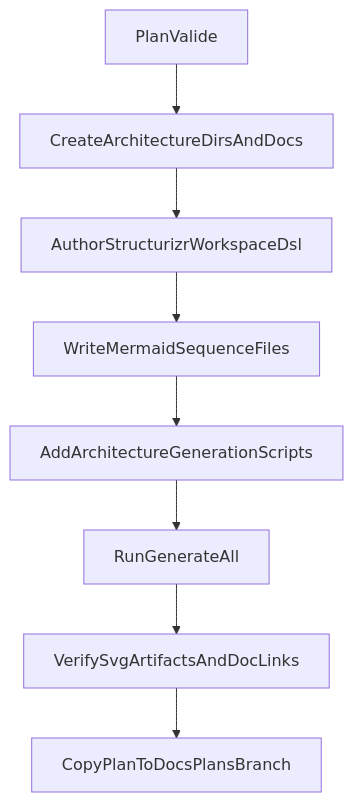
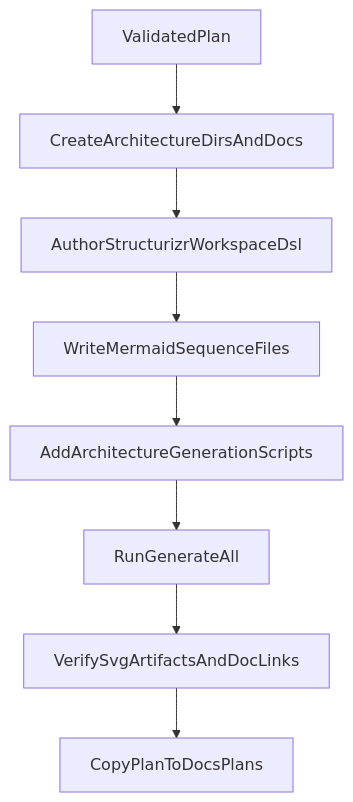
The diagram in docs/plans/2026_05_17_22:18_feature__docs-c4-ai-context-craft_documentation-c4-aicontextcraft.plan.md (DamienBecherini/AIContextCraft), drawn with Mermaid before and after one commit. The commit also changed other lines of this file and 20 other files, not shown here.

````diff
--- a/docs/plans/2026_05_17_22:18_feature__docs-c4-ai-context-craft_documentation-c4-aicontextcraft.plan.md
+++ b/docs/plans/2026_05_17_22:18_feature__docs-c4-ai-context-craft_documentation-c4-aicontextcraft.plan.md
@@ -83,10 +83,10 @@
 ```mermaid
 flowchart TD
-    planSource[PlanValide] --> scaffold[CreateArchitectureDirsAndDocs]
+    planSource[ValidatedPlan] --> scaffold[CreateArchitectureDirsAndDocs]
     scaffold --> c4dsl[AuthorStructurizrWorkspaceDsl]
     c4dsl --> seq[WriteMermaidSequenceFiles]
     seq --> scripts[AddArchitectureGenerationScripts]
     scripts --> generate[RunGenerateAll]
     generate --> validate[VerifySvgArtifactsAndDocLinks]
-    validate --> publishPlan[CopyPlanToDocsPlansBranch]
+    validate --> publishPlan[CopyPlanToDocsPlans]
 ```
````
